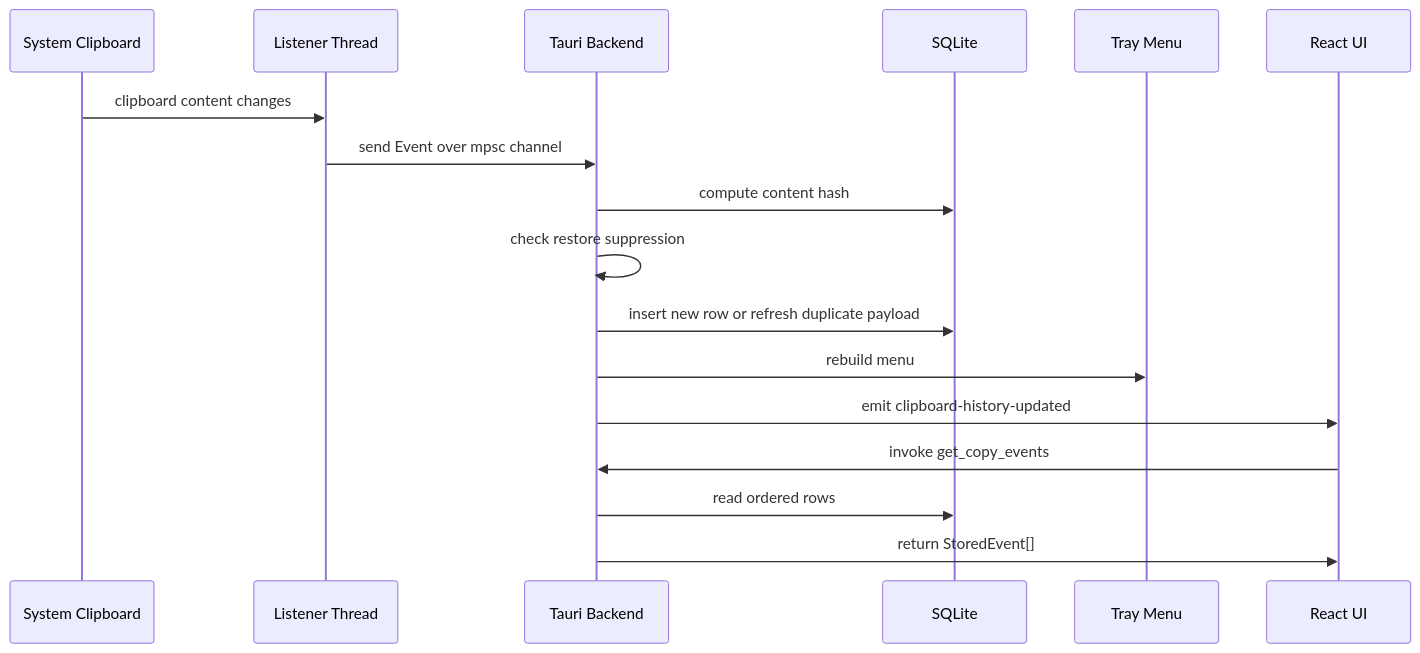
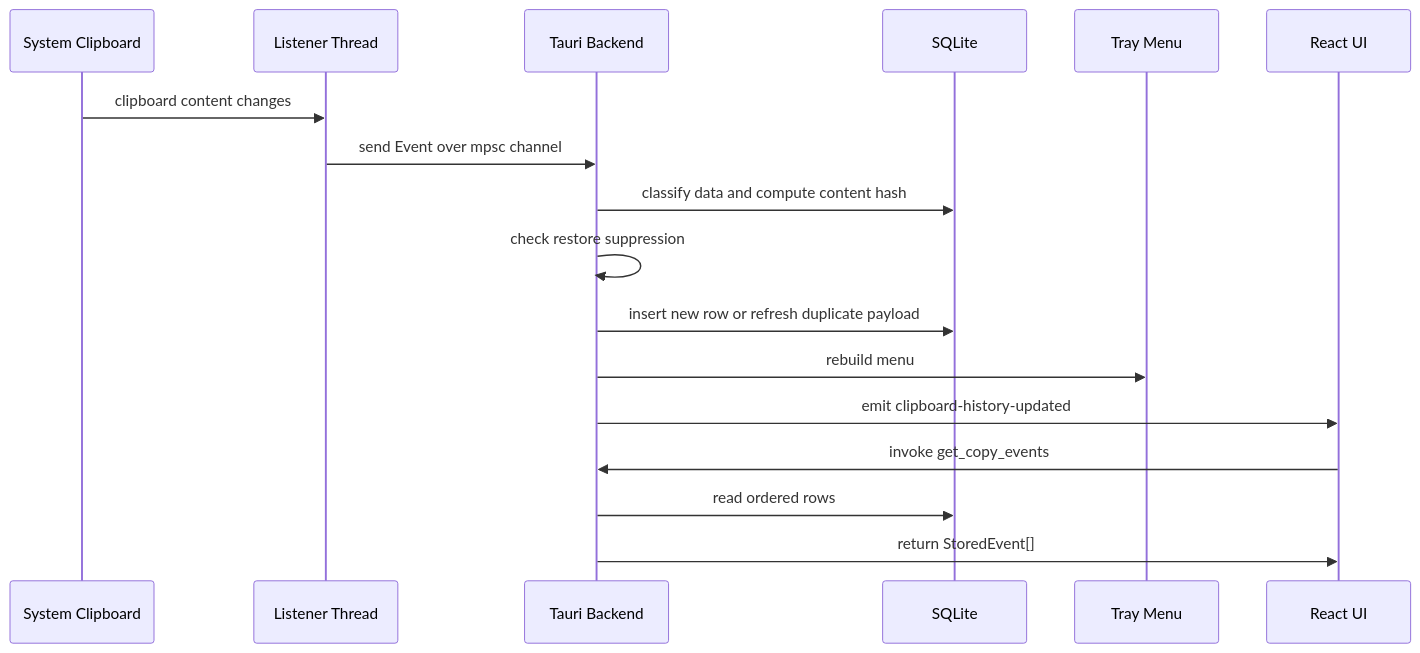
The first of 2 diagrams in docs/clipboard-flows.md (vdpw/copy_stack), drawn with Mermaid before and after one commit. The commit also changed other lines of this file and 10 other files, not shown here.

````diff
--- a/docs/clipboard-flows.md
+++ b/docs/clipboard-flows.md
@@ -15,20 +15,20 @@
 ```mermaid
 sequenceDiagram
   participant Clipboard as System Clipboard
   participant Listener as Listener Thread
   participant Backend as Tauri Backend
   participant DB as SQLite
   participant Tray as Tray Menu
   participant UI as React UI
 
   Clipboard->>Listener: clipboard content changes
   Listener->>Backend: send Event over mpsc channel
-  Backend->>DB: compute content hash
+  Backend->>DB: classify data and compute content hash
   Backend->>Backend: check restore suppression
   Backend->>DB: insert new row or refresh duplicate payload
   Backend->>Tray: rebuild menu
   Backend->>UI: emit clipboard-history-updated
   UI->>Backend: invoke get_copy_events
   Backend->>DB: read ordered rows
   Backend->>UI: return StoredEvent[]
 ```
````
